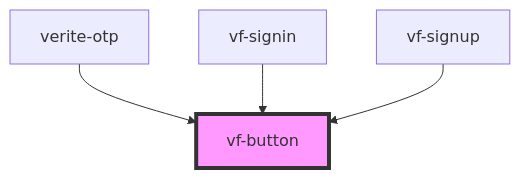
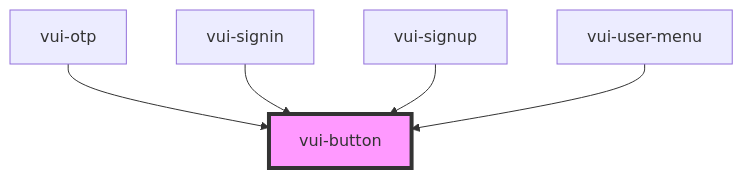
One commit to verite-team/verite-elements changed the diagram in packages/stencil-library/src/components/button/readme.md. Above: the diagram before and after it, drawn with Mermaid. The commit also changed other lines of this file and 116 other files, not shown here.

````diff
--- a/packages/stencil-library/src/components/button/readme.md
+++ b/packages/stencil-library/src/components/button/readme.md
@@ -46,7 +45,8 @@
 ```mermaid
 graph TD;
-  verite-otp --> vf-button
-  vf-signin --> vf-button
-  vf-signup --> vf-button
-  style vf-button fill:#f9f,stroke:#333,stroke-width:4px
+  vui-otp --> vui-button
+  vui-signin --> vui-button
+  vui-signup --> vui-button
+  vui-user-menu --> vui-button
+  style vui-button fill:#f9f,stroke:#333,stroke-width:4px
 ```
````
